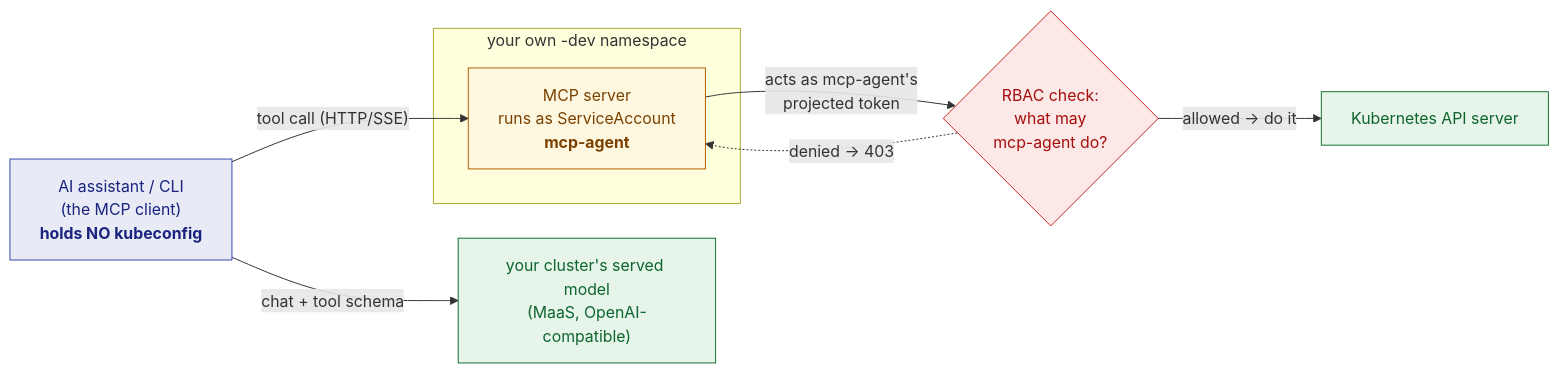
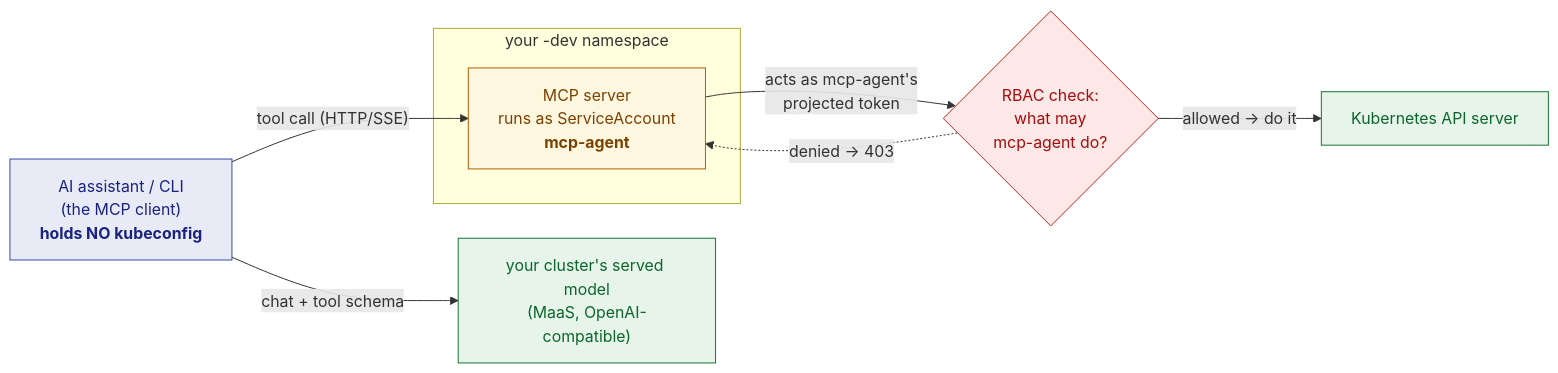
Before and after one commit to serhat-dirik/OCP-Getting-Started-Revamped: the diagram in content/modules/ROOT/examples/diagrams/ai-assisted-development/01-mcp-sa-boundary.mmd, drawn with Mermaid. The commit also changed 4 other files, not shown here.

First line of the commit message:
fix(content): diagram accuracy, and the last of the vendored UI assets

```diff
--- a/content/modules/ROOT/examples/diagrams/ai-assisted-development/01-mcp-sa-boundary.mmd
+++ b/content/modules/ROOT/examples/diagrams/ai-assisted-development/01-mcp-sa-boundary.mmd
@@ -1,17 +1,17 @@
 graph LR
   cli["AI assistant / CLI<br/>(the MCP client)<br/><b>holds NO kubeconfig</b>"]
-  subgraph ns["your own -dev namespace"]
+  subgraph ns["your -dev namespace"]
     mcp["MCP server<br/>runs as ServiceAccount<br/><b>mcp-agent</b>"]
   end
   api["Kubernetes API server"]
   rbac{"RBAC check:<br/>what may<br/>mcp-agent do?"}
   cli -->|"tool call (HTTP/SSE)"| mcp
   mcp -->|"acts as mcp-agent's<br/>projected token"| rbac
   rbac -->|"allowed → do it"| api
   rbac -.->|"denied → 403"| mcp
   cli -->|"chat + tool schema"| model["your cluster's served model<br/>(MaaS, OpenAI-compatible)"]
   classDef client fill:#e8eaf6,stroke:#3949ab,color:#1a237e;
   classDef server fill:#fef7e0,stroke:#b06000,color:#7a4100;
   classDef gate fill:#fce8e6,stroke:#c5221f,color:#a50e0e;
   classDef ext fill:#e6f4ea,stroke:#137333,color:#0d652d;
   class cli client; class mcp server; class rbac gate; class api,model ext;
```
